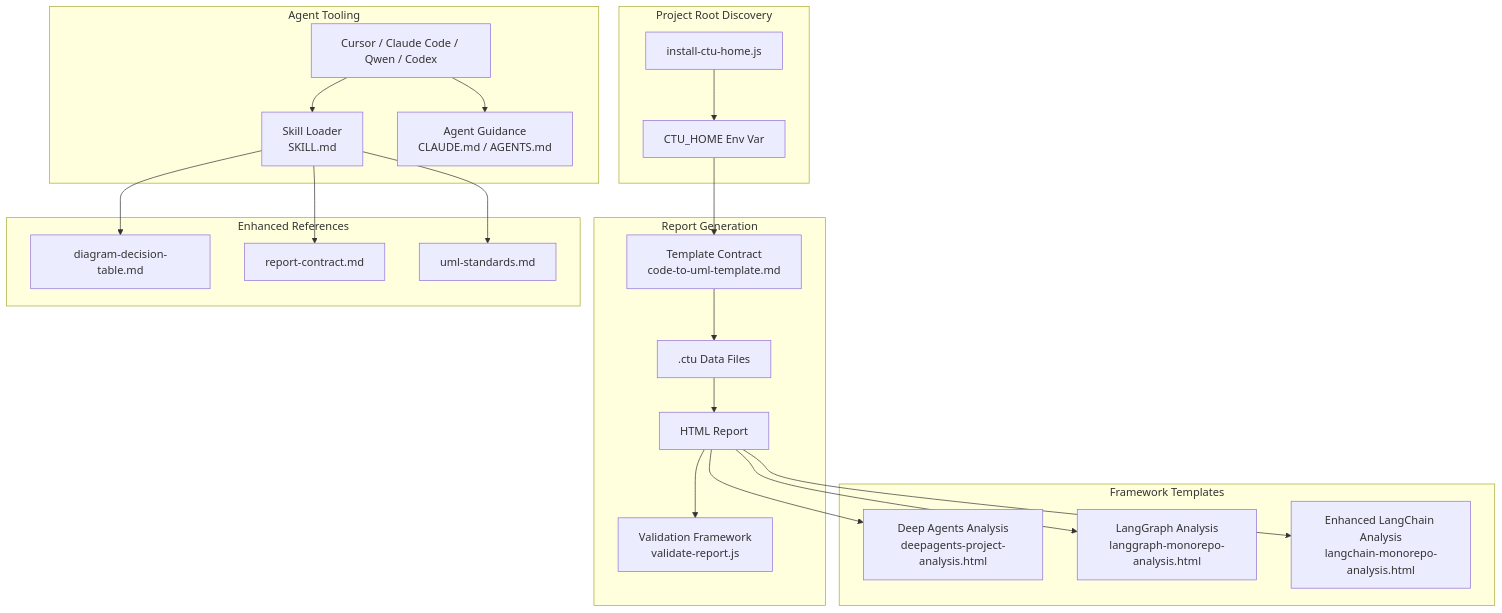
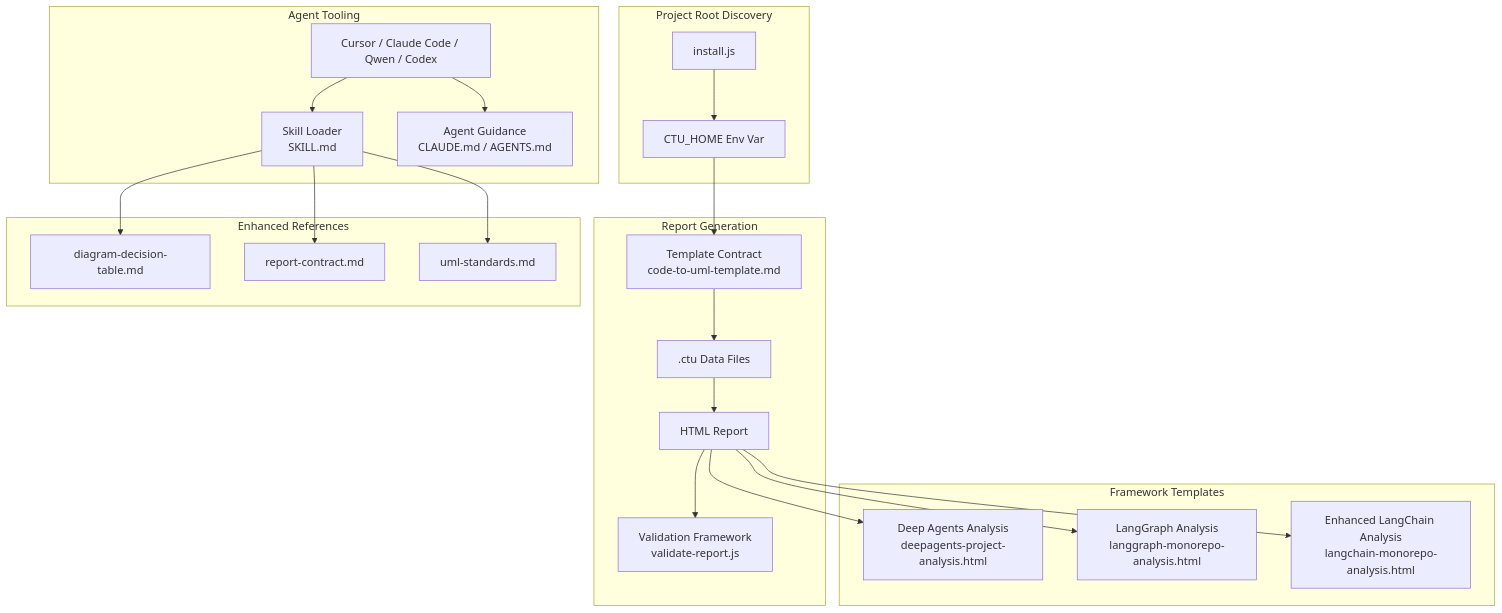
One commit to pingwurth/code-to-uml changed the first of 8 diagrams in .qoder/repowiki/en/content/AI Agent Integration/AI Agent Integration.md. Above: the diagram before and after it, drawn with Mermaid. The commit also changed other lines of this file and 26 other files, not shown here.

Commit message:
rename install-ctu-home.js install.js

````diff
--- a/.qoder/repowiki/en/content/AI Agent Integration/AI Agent Integration.md
+++ b/.qoder/repowiki/en/content/AI Agent Integration/AI Agent Integration.md
@@ -65,41 +65,41 @@
 ```mermaid
 graph TB
 subgraph "Agent Tooling"
 A["Cursor / Claude Code / Qwen / Codex"]
 B["Skill Loader<br/>SKILL.md"]
 C["Agent Guidance<br/>CLAUDE.md / AGENTS.md"]
 end
 subgraph "Project Root Discovery"
 D["CTU_HOME Env Var"]
-E["install-ctu-home.js"]
+E["install.js"]
 end
 subgraph "Report Generation"
 F["Template Contract<br/>code-to-uml-template.md"]
 G[".ctu Data Files"]
 H["HTML Report"]
 I["Validation Framework<br/>validate-report.js"]
 end
 subgraph "Framework Templates"
 J["Deep Agents Analysis<br/>deepagents-project-analysis.html"]
 K["LangGraph Analysis<br/>langgraph-monorepo-analysis.html"]
 L["Enhanced LangChain Analysis<br/>langchain-monorepo-analysis.html"]
 end
 subgraph "Enhanced References"
 M["diagram-decision-table.md"]
 N["report-contract.md"]
 O["uml-standards.md"]
 end
 A --> B
 A --> C
 E --> D
 D --> F
 F --> G
 G --> H
 H --> I
 B --> M
 B --> N
 B --> O
 H --> J
 H --> K
 H --> L
 ```
````
